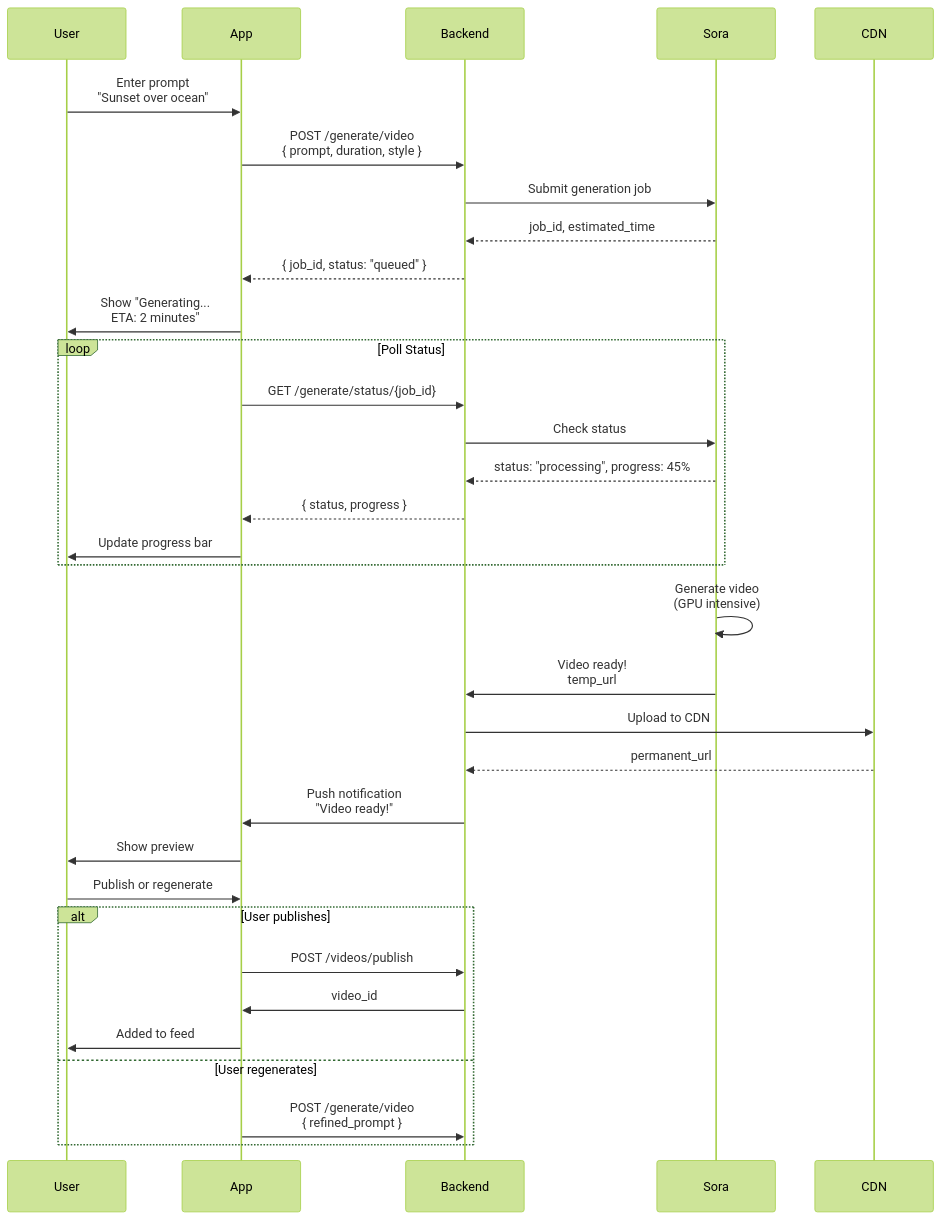
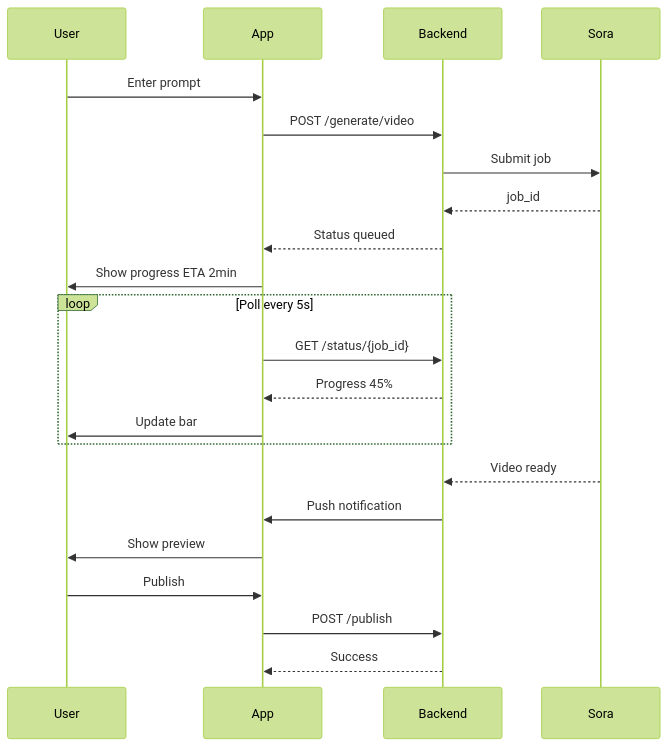
One commit to SheldonWangRJT/SheldonWangRJT.Github.io changed the fourth of 6 diagrams in _interviews/2025-10-11-short-video-app-system-design.md. Above: the diagram before and after it, drawn with Mermaid (forest theme). The commit also changed other lines of this file, not shown here.

Commit message:
Simplify STEP 3 User Flow and STEP 4 Sora diagrams: convert to simpler flowchart and reduce sequence diagram size

```diff
--- a/_interviews/2025-10-11-short-video-app-system-design.md
+++ b/_interviews/2025-10-11-short-video-app-system-design.md
@@ -385,44 +358,27 @@
 {% mermaid %}
 sequenceDiagram;
     participant User;
     participant App;
     participant Backend;
     participant Sora;
-    participant CDN;
     
-    User->>App: Enter prompt<br/>"Sunset over ocean";
-    App->>Backend: POST /generate/video<br/>{ prompt, duration, style };
+    User->>App: Enter prompt;
+    App->>Backend: POST /generate/video;
+    Backend->>Sora: Submit job;
+    Sora-->>Backend: job_id;
+    Backend-->>App: Status queued;
+    App->>User: Show progress ETA 2min;
     
-    Backend->>Sora: Submit generation job;
-    Sora-->>Backend: job_id, estimated_time;
-    Backend-->>App: { job_id, status: "queued" };
-    
-    App->>User: Show "Generating...<br/>ETA: 2 minutes";
-    
-    loop Poll Status;
-        App->>Backend: GET /generate/status/{job_id};
-        Backend->>Sora: Check status;
-        Sora-->>Backend: status: "processing", progress: 45%;
-        Backend-->>App: { status, progress };
-        App->>User: Update progress bar;
+    loop Poll every 5s;
+        App->>Backend: GET /status/{job_id};
+        Backend-->>App: Progress 45%;
+        App->>User: Update bar;
     end;
     
-    Sora->>Sora: Generate video<br/>(GPU intensive);
-    
-    Sora->>Backend: Video ready!<br/>temp_url;
-    Backend->>CDN: Upload to CDN;
-    CDN-->>Backend: permanent_url;
-    
-    Backend->>App: Push notification<br/>"Video ready!";
+    Sora-->>Backend: Video ready;
+    Backend->>App: Push notification;
     App->>User: Show preview;
-    
-    User->>App: Publish or regenerate;
-    
-    alt User publishes;
-        App->>Backend: POST /videos/publish;
-        Backend->>App: video_id;
-        App->>User: Added to feed;
-    else User regenerates;
-        App->>Backend: POST /generate/video<br/>{ refined_prompt };
-    end;
+    User->>App: Publish;
+    App->>Backend: POST /publish;
+    Backend-->>App: Success;
 {% endmermaid %}
```
